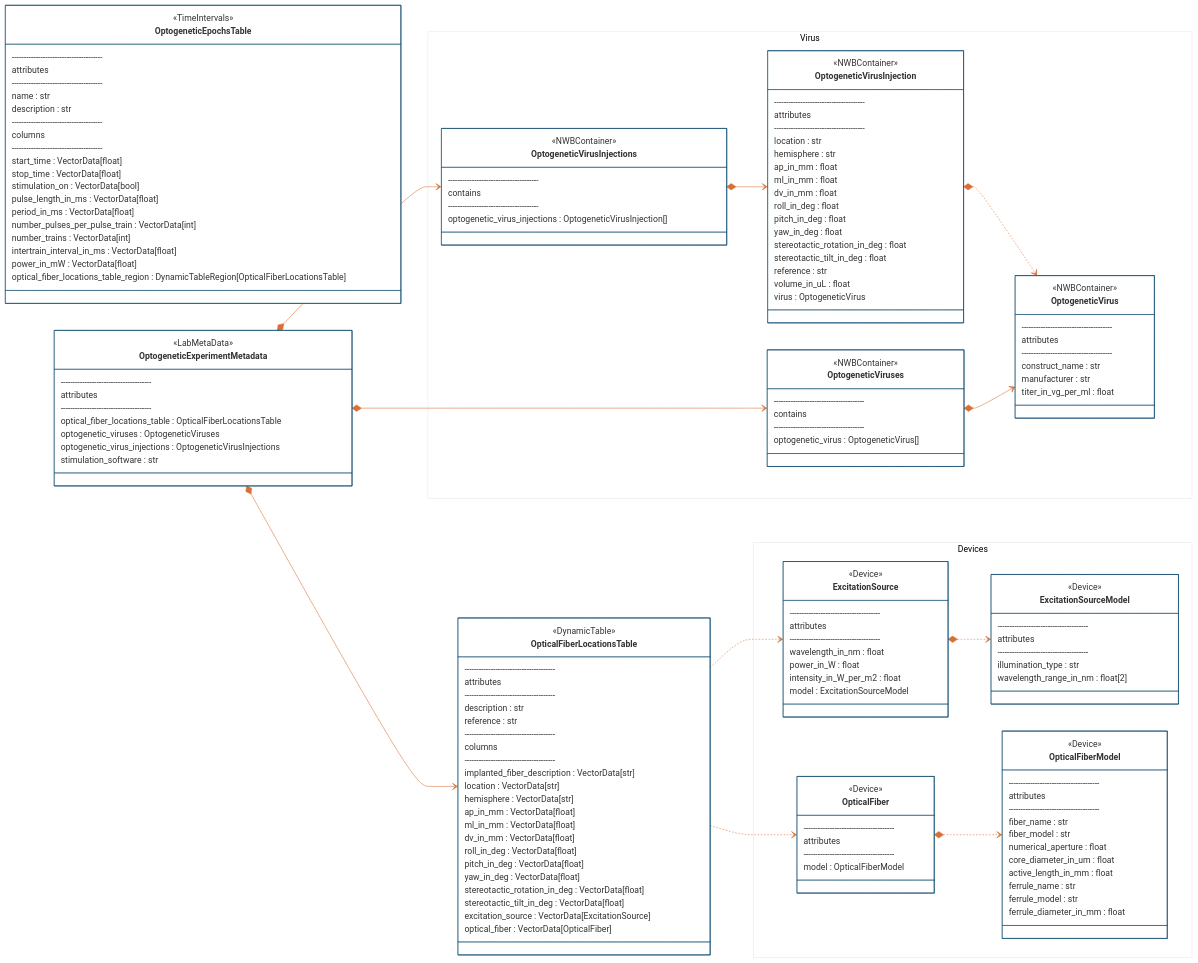
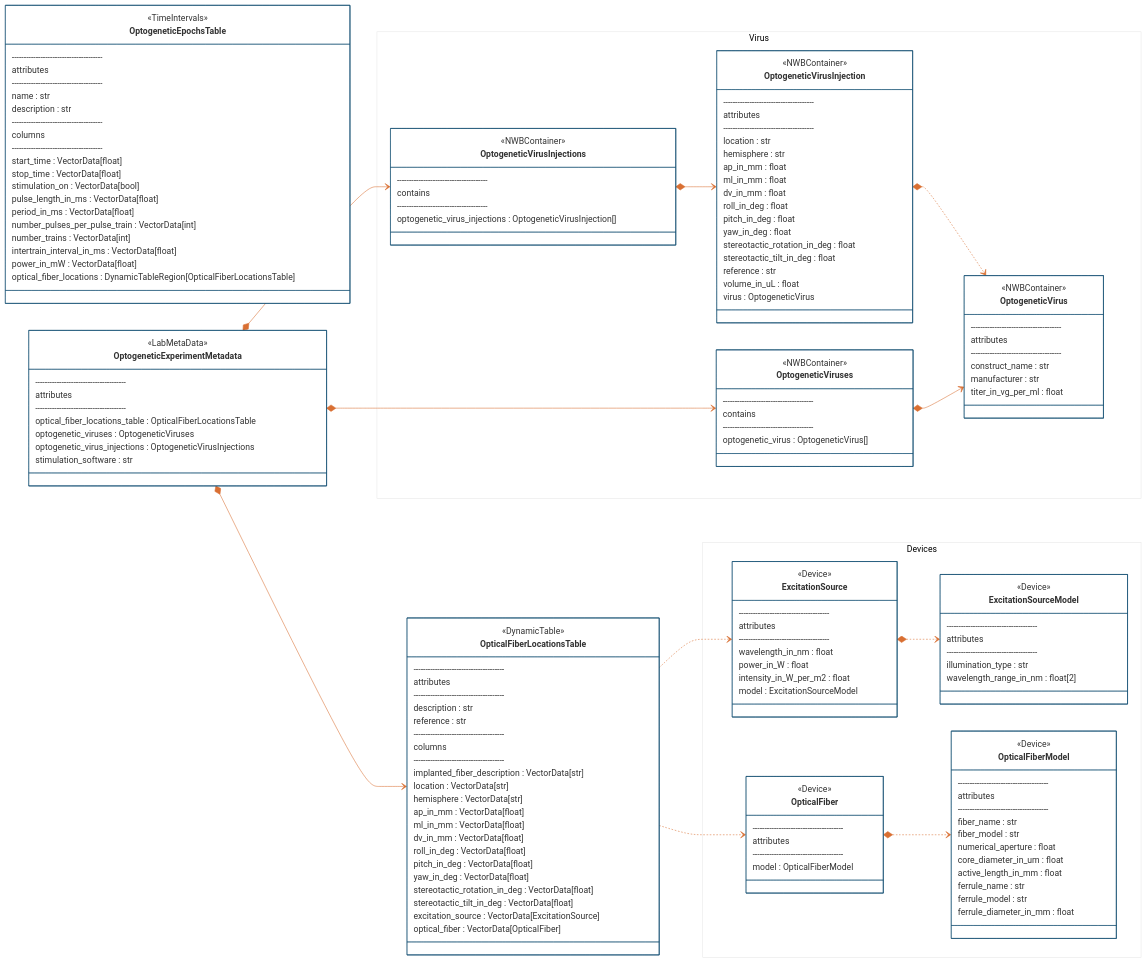
One commit to rly/ndx-optogenetics changed the diagram in README.md. Above: the diagram before and after it, drawn with Mermaid. The commit also changed other lines of this file, not shown here.

```diff
--- a/README.md
+++ b/README.md
@@ -113,7 +113,7 @@
         number_trains : VectorData[int]
         intertrain_interval_in_ms : VectorData[float]
         power_in_mW : VectorData[float]
-        optical_fiber_locations_table_region : DynamicTableRegion[OpticalFiberLocationsTable]
+        optical_fiber_locations : DynamicTableRegion[OpticalFiberLocationsTable]
     }
 
     class OptogeneticExperimentMetadata {
```
